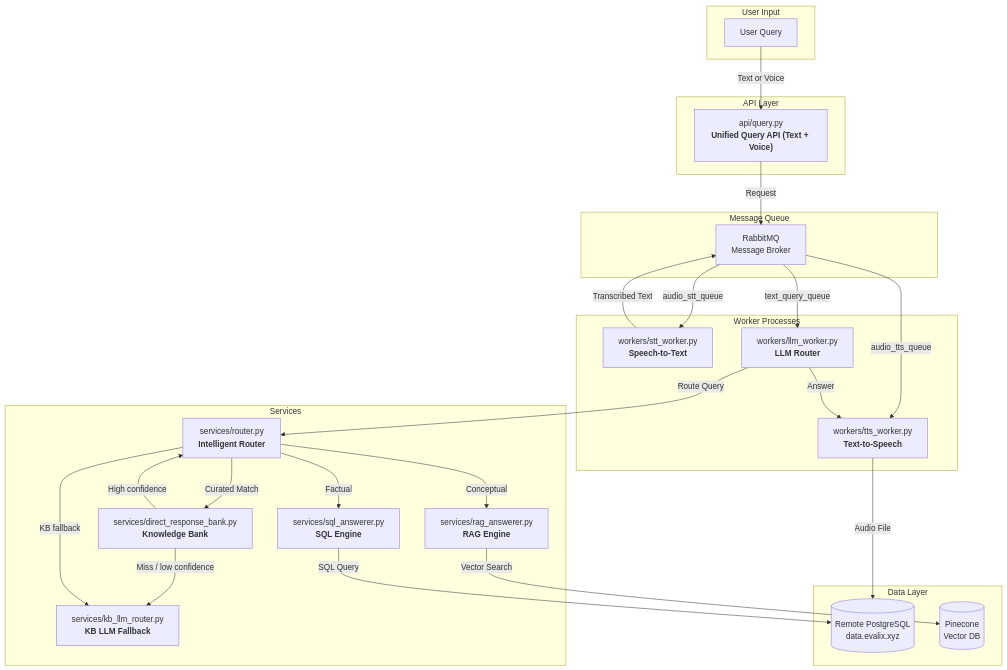
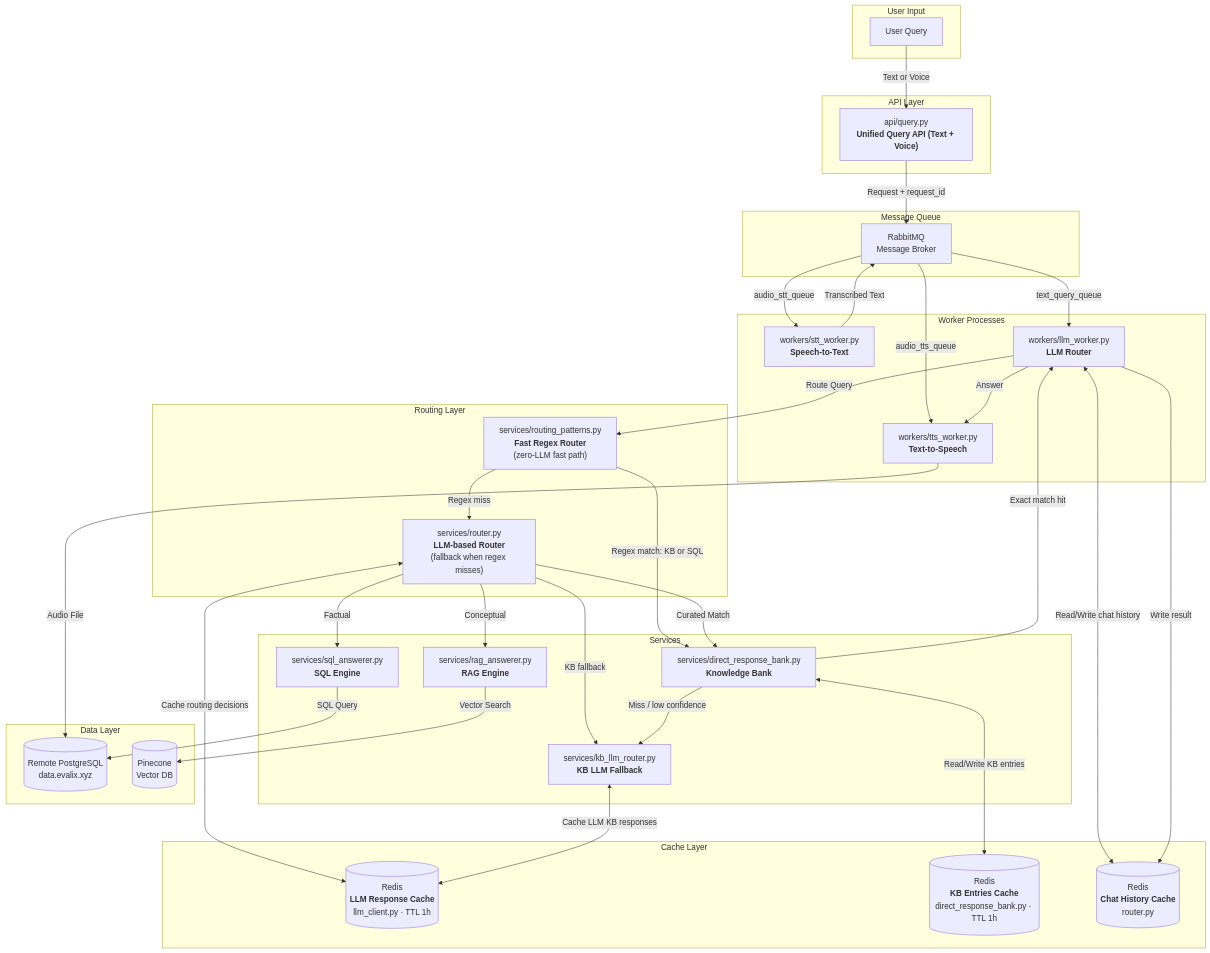
The first of 4 diagrams in README.md (theapprenticeproject/Ai), drawn with Mermaid before and after one commit. The commit also changed other lines of this file and 4 other files, not shown here.

````diff
--- a/README.md
+++ b/README.md
@@ -95,55 +93,74 @@
 ```mermaid
 graph TD
     subgraph "User Input"
         User[User Query]
     end
 
     subgraph "API Layer"
       QueryAPI["api/query.py<br><b>Unified Query API (Text + Voice)</b>"]
     end
 
     subgraph "Message Queue"
         RabbitMQ["RabbitMQ<br>Message Broker"]
     end
 
     subgraph "Worker Processes"
         STTWorker["workers/stt_worker.py<br><b>Speech-to-Text</b>"]
         LLMWorker["workers/llm_worker.py<br><b>LLM Router</b>"]
         TTSWorker["workers/tts_worker.py<br><b>Text-to-Speech</b>"]
     end
 
+    subgraph "Routing Layer"
+        FastPath["services/routing_patterns.py<br><b>Fast Regex Router</b><br>(zero-LLM fast path)"]
+        Router["services/router.py<br><b>LLM-based Router</b><br>(fallback when regex misses)"]
+    end
+
     subgraph "Services"
-        Router["services/router.py<br><b>Intelligent Router</b>"]
       KB["services/direct_response_bank.py<br><b>Knowledge Bank</b>"]
         SQL["services/sql_answerer.py<br><b>SQL Engine</b>"]
         RAG["services/rag_answerer.py<br><b>RAG Engine</b>"]
       KBRouter["services/kb_llm_router.py<br><b>KB LLM Fallback</b>"]
+    end
+
+    subgraph "Cache Layer"
+        RedisLLM[("Redis<br><b>LLM Response Cache</b><br>llm_client.py · TTL 1h")]
+        RedisKB[("Redis<br><b>KB Entries Cache</b><br>direct_response_bank.py · TTL 1h")]
+        RedisHistory[("Redis<br><b>Chat History Cache</b><br>router.py")]
     end
 
     subgraph "Data Layer"
       PostgresDB[(Remote PostgreSQL<br>data.evalix.xyz)]
         PineconeDB[(Pinecone<br>Vector DB)]
     end
 
     User -->|Text or Voice| QueryAPI
-    QueryAPI -->|Request| RabbitMQ
-    
+    QueryAPI -->|Request + request_id| RabbitMQ
+
     RabbitMQ -->|audio_stt_queue| STTWorker
     RabbitMQ -->|text_query_queue| LLMWorker
     RabbitMQ -->|audio_tts_queue| TTSWorker
-    
+
     STTWorker -->|Transcribed Text| RabbitMQ
-    LLMWorker -->|Route Query| Router
+    LLMWorker -->|Route Query| FastPath
+    FastPath -->|Regex match: KB or SQL| KB
+    FastPath -->|Regex miss| Router
+    Router <-->|Cache routing decisions| RedisLLM
     Router -->|Curated Match| KB
-    KB -->|High confidence| Router
-    KB -->|Miss / low confidence| KBRouter
     Router -->|Factual| SQL
     Router -->|Conceptual| RAG
     Router -->|KB fallback| KBRouter
-    
+
+    KB <-->|Read/Write KB entries| RedisKB
+    KB -->|Exact match hit| LLMWorker
+    KB -->|Miss / low confidence| KBRouter
+    KBRouter <-->|Cache LLM KB responses| RedisLLM
+
+    LLMWorker <-->|Read/Write chat history| RedisHistory
+
     SQL -->|SQL Query| PostgresDB
     RAG -->|Vector Search| PineconeDB
-    
+
     LLMWorker -->|Answer| TTSWorker
     TTSWorker -->|Audio File| PostgresDB
+    LLMWorker -->|Write result| RedisHistory
 ```
````
